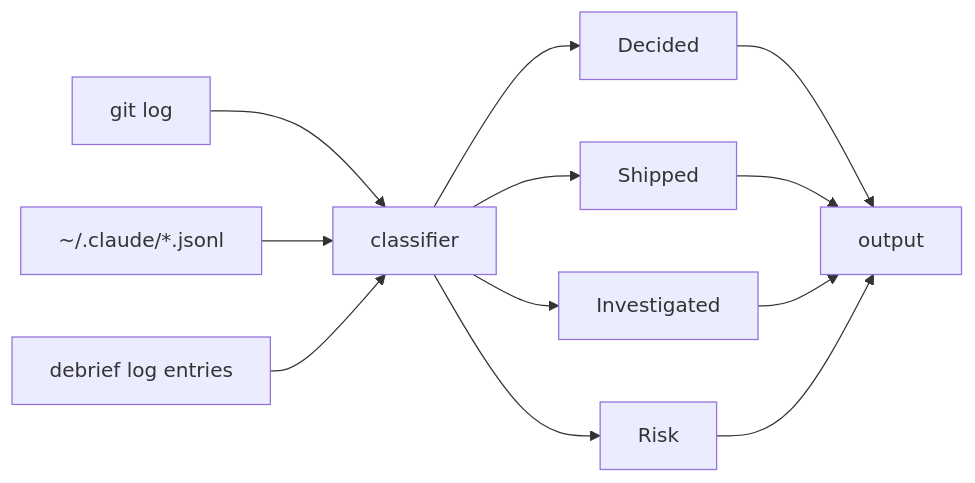
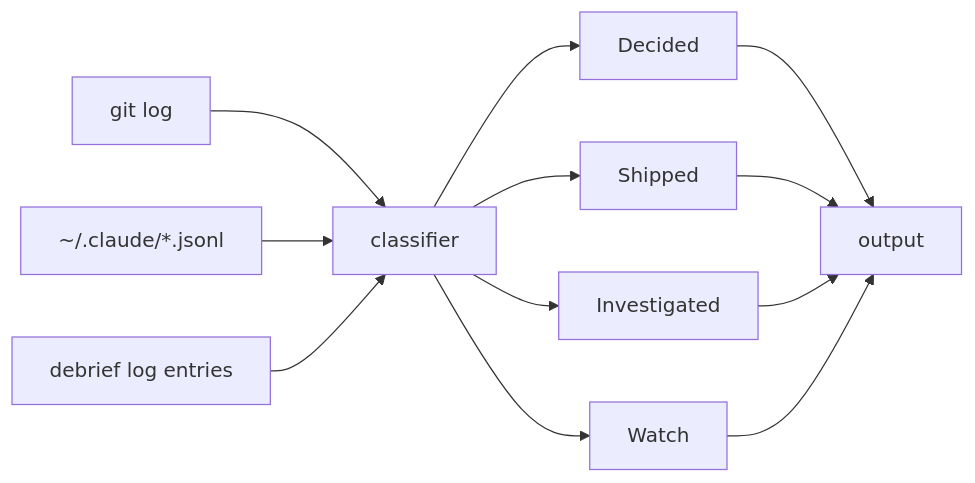
Before and after one commit to cloudprobe/debrief: the diagram in README.md, drawn with Mermaid. The commit also changed other lines of this file and 7 other files, not shown here.

````diff
--- a/README.md
+++ b/README.md
@@ -146,11 +169,11 @@
 ```mermaid
 flowchart LR
     A[git log] --> C[classifier]
     B["~/.claude/*.jsonl"] --> C
     D["debrief log entries"] --> C
     C --> E[Decided]
     C --> F[Shipped]
     C --> G[Investigated]
-    C --> H[Risk]
+    C --> H[Watch]
     E & F & G & H --> I[output]
 ```
````
